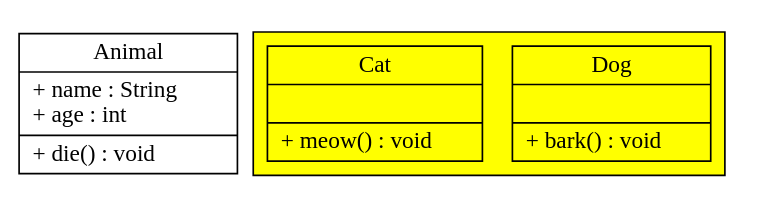
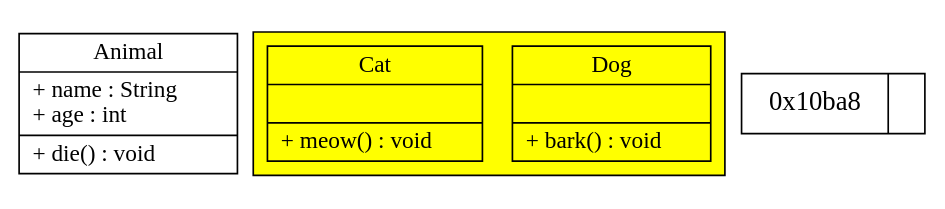
One commit to sisyphus1212/note changed the diagram in dpdk/内存管理.md. Above: the diagram before and after it, drawn with Graphviz.

Commit message:
auto_update

````diff
--- a/dpdk/内存管理.md
+++ b/dpdk/内存管理.md
@@ -79,14 +79,18 @@
 ```graphviz
 digraph g {
 	Animal[label = "{Animal | + name : String\l+ age : int\l |+ die() : void\l}", shape = "record" ];
 	subgraph clusterAnimalImpl{
 		bgcolor = "yellow";
 		Dog[label = "{Dog| |+ bark() : void\l}" , shape = "record"];
 		Cat[label = "{Cat| |+ meow() : void\l}" , shape = "record"];
 	};
 	node [
 	fontsize = "16"
 	shape = "ellipse"
 	];
+	"node0" [
+label = "<f0> 0x10ba8| <f1>"
+shape = "record"
+];
 }
 ```
````
